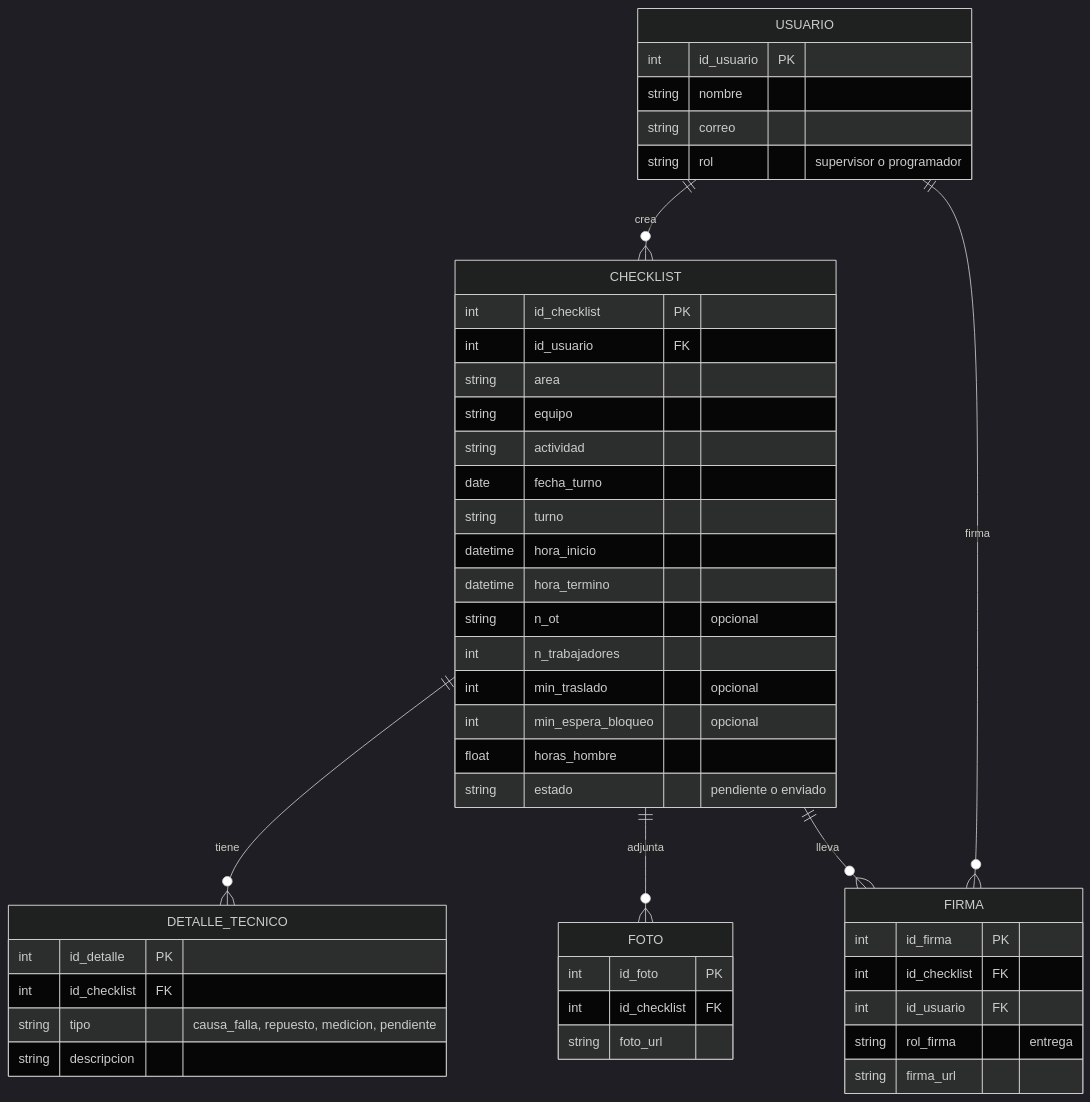
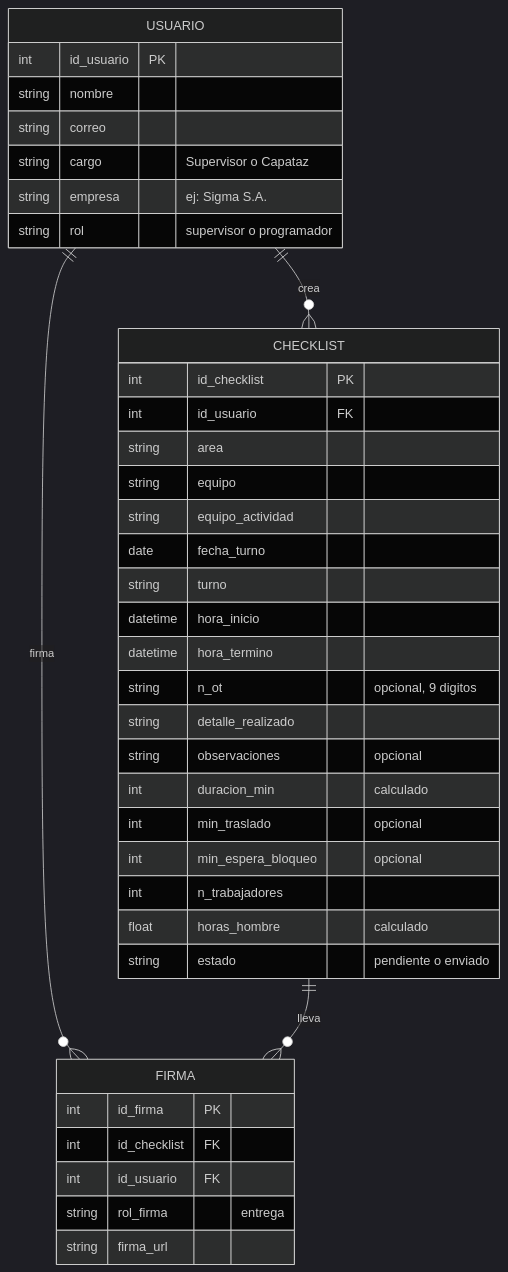
One commit to aldocastillo-dev/checklist-mantenimiento changed the diagram in docs/datos/estructura_datos.md. Above: the diagram before and after it, drawn with Mermaid (dark theme). The commit also changed other lines of this file and 15 other files, not shown here.

````diff
--- a/docs/datos/estructura_datos.md
+++ b/docs/datos/estructura_datos.md
@@ -5,50 +7,42 @@
 ```mermaid
 erDiagram
     USUARIO ||--o{ CHECKLIST : "crea"
     USUARIO ||--o{ FIRMA : "firma"
-    CHECKLIST ||--o{ DETALLE_TECNICO : "tiene"
-    CHECKLIST ||--o{ FOTO : "adjunta"
     CHECKLIST ||--o{ FIRMA : "lleva"
 
     USUARIO {
         int id_usuario PK
         string nombre
         string correo
+        string cargo "Supervisor o Capataz"
+        string empresa "ej: Sigma S.A."
         string rol "supervisor o programador"
     }
     CHECKLIST {
         int id_checklist PK
         int id_usuario FK
         string area
         string equipo
-        string actividad
+        string equipo_actividad
         date fecha_turno
         string turno
         datetime hora_inicio
         datetime hora_termino
-        string n_ot "opcional"
-        int n_trabajadores
+        string n_ot "opcional, 9 digitos"
+        string detalle_realizado
+        string observaciones "opcional"
+        int duracion_min "calculado"
         int min_traslado "opcional"
         int min_espera_bloqueo "opcional"
-        float horas_hombre
+        int n_trabajadores
+        float horas_hombre "calculado"
         string estado "pendiente o enviado"
-    }
-    DETALLE_TECNICO {
-        int id_detalle PK
-        int id_checklist FK
-        string tipo "causa_falla, repuesto, medicion, pendiente"
-        string descripcion
-    }
-    FOTO {
-        int id_foto PK
-        int id_checklist FK
-        string foto_url
     }
     FIRMA {
         int id_firma PK
         int id_checklist FK
         int id_usuario FK
         string rol_firma "entrega"
         string firma_url
     }
 ```
````
